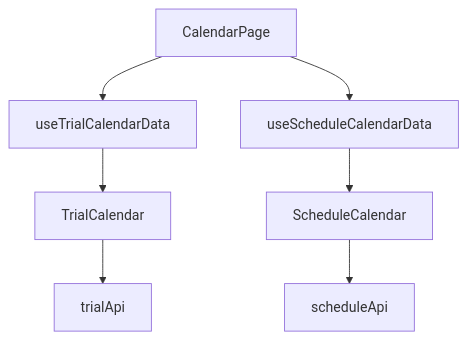
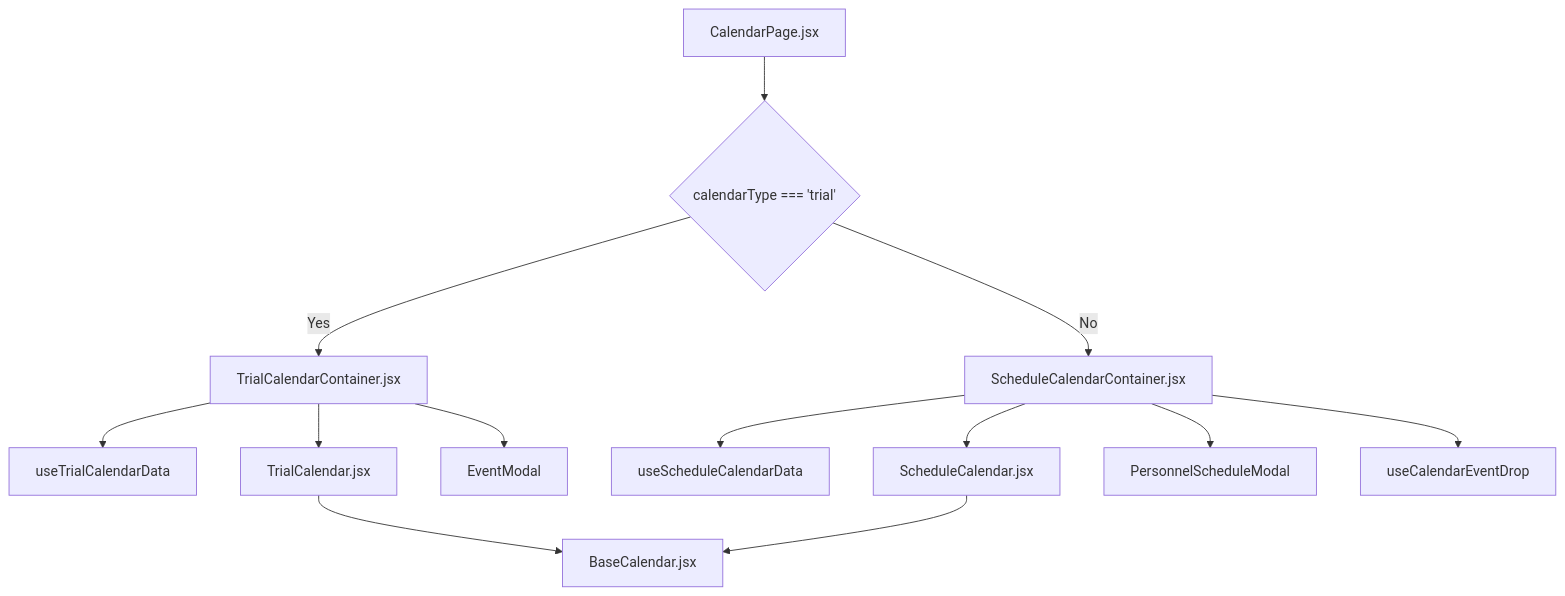
Before and after one commit to oneMuggle/OmniDesk: the diagram in calendar_with_react/docs/calendar_separation_design.md, drawn with Mermaid. The commit also changed other lines of this file and 10 other files, not shown here.

````diff
--- a/calendar_with_react/docs/calendar_separation_design.md
+++ b/calendar_with_react/docs/calendar_separation_design.md
@@ -14,9 +84,18 @@
 ```mermaid
 graph TD
-    A[CalendarPage] --> B[useTrialCalendarData]
-    A --> C[useScheduleCalendarData]
-    B --> D[TrialCalendar]
-    C --> E[ScheduleCalendar]
-    D --> F[trialApi]
-    E --> G[scheduleApi]
+    A[CalendarPage.jsx] --> B{calendarType === 'trial'}
+    B -- Yes --> C[TrialCalendarContainer.jsx]
+    B -- No --> D[ScheduleCalendarContainer.jsx]
+
+    C --> E[useTrialCalendarData]
+    C --> F[TrialCalendar.jsx]
+    C --> G[EventModal]
+
+    D --> H[useScheduleCalendarData]
+    D --> I[ScheduleCalendar.jsx]
+    D --> J[PersonnelScheduleModal]
+    D --> K[useCalendarEventDrop]
+
+    F --> L[BaseCalendar.jsx]
+    I --> L
 ```
````
